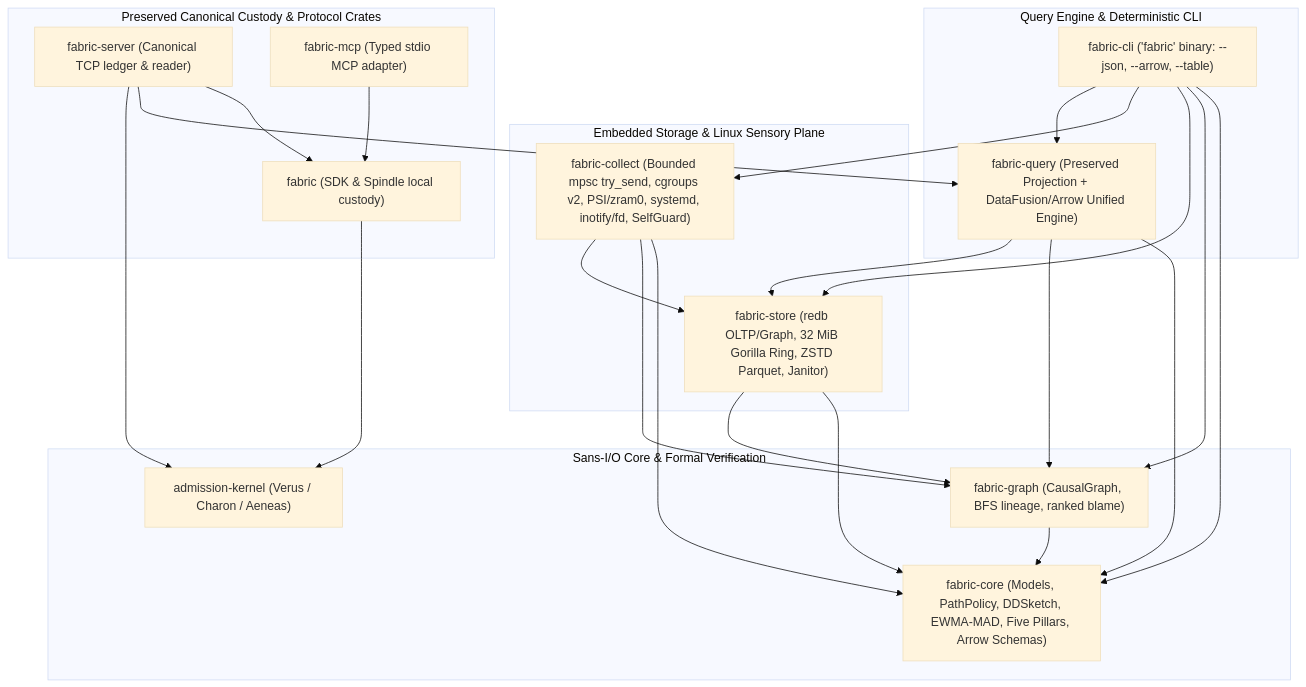
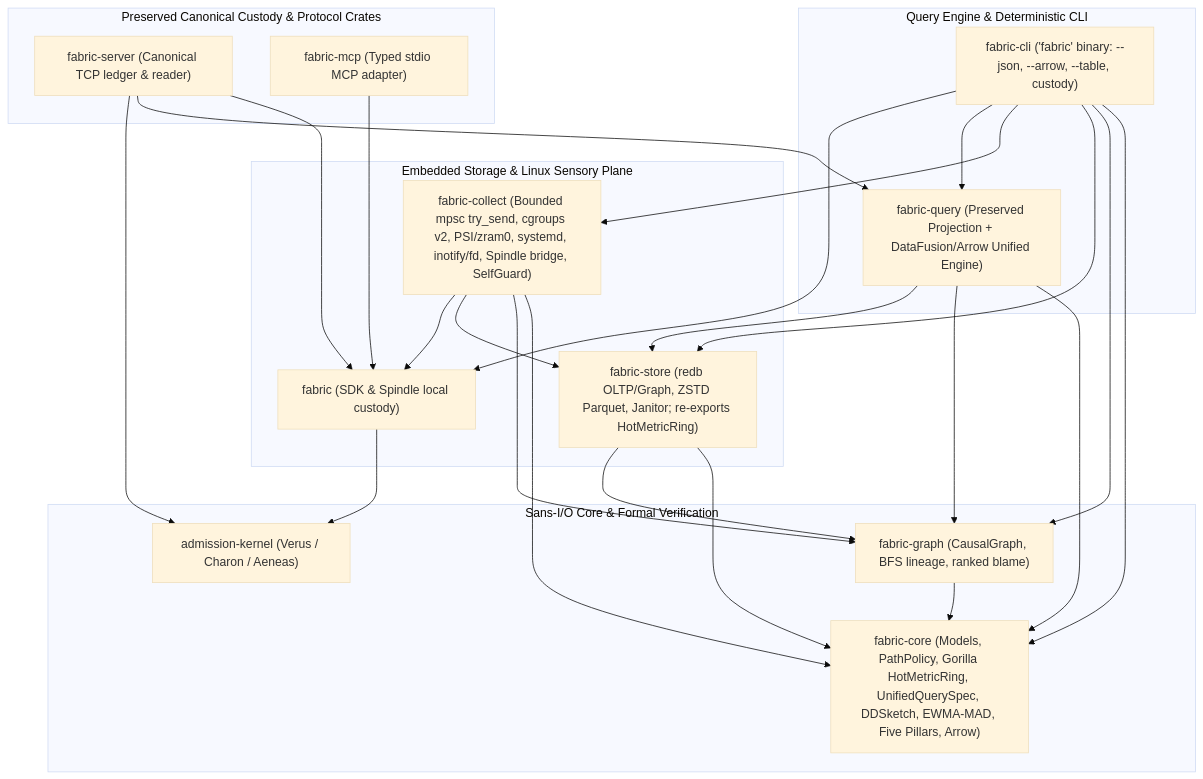
One commit to kmosoti/FabricO11y changed the first of 3 diagrams in docs/architecture.md. Above: the diagram before and after it, drawn with Mermaid (base theme). The commit also changed other lines of this file and 39 other files, not shown here.

First line of the commit message:
feat(architecture): eliminate CI/tmpfs toil and unify Spindle custody with converged collector

````diff
--- a/docs/architecture.md
+++ b/docs/architecture.md
@@ -9,43 +9,45 @@
 ```mermaid
 flowchart TD
     subgraph SansIO["Sans-I/O Core & Formal Verification"]
         AK["admission-kernel (Verus / Charon / Aeneas)"]
-        FC["fabric-core (Models, PathPolicy, DDSketch, EWMA-MAD, Five Pillars, Arrow Schemas)"]
+        FC["fabric-core (Models, PathPolicy, Gorilla HotMetricRing, UnifiedQuerySpec, DDSketch, EWMA-MAD, Five Pillars, Arrow)"]
         FG["fabric-graph (CausalGraph, BFS lineage, ranked blame)"]
         FG --> FC
     end
 
     subgraph StorageAndCollection["Embedded Storage & Linux Sensory Plane"]
-        FS["fabric-store (redb OLTP/Graph, 32 MiB Gorilla Ring, ZSTD Parquet, Janitor)"]
-        COL["fabric-collect (Bounded mpsc try_send, cgroups v2, PSI/zram0, systemd, inotify/fd, SelfGuard)"]
+        FS["fabric-store (redb OLTP/Graph, ZSTD Parquet, Janitor; re-exports HotMetricRing)"]
+        COL["fabric-collect (Bounded mpsc try_send, cgroups v2, PSI/zram0, systemd, inotify/fd, Spindle bridge, SelfGuard)"]
         FS --> FC
         FS --> FG
         COL --> FC
         COL --> FG
         COL --> FS
+        COL --> FAB
     end
 
     subgraph QueryAndCLI["Query Engine & Deterministic CLI"]
         FQ["fabric-query (Preserved Projection + DataFusion/Arrow Unified Engine)"]
-        CLI["fabric-cli ('fabric' binary: --json, --arrow, --table)"]
+        CLI["fabric-cli ('fabric' binary: --json, --arrow, --table, custody)"]
         FQ --> FC
         FQ --> FG
         FQ --> FS
         CLI --> FC
         CLI --> FG
         CLI --> FS
         CLI --> COL
         CLI --> FQ
+        CLI --> FAB
     end
 
     subgraph PreservedCustody["Preserved Canonical Custody & Protocol Crates"]
         FAB["fabric (SDK & Spindle local custody)"]
         SRV["fabric-server (Canonical TCP ledger & reader)"]
         MCP["fabric-mcp (Typed stdio MCP adapter)"]
         FAB --> AK
         SRV --> FAB
         SRV --> FQ
         SRV --> AK
         MCP --> FAB
     end
 ```
````
